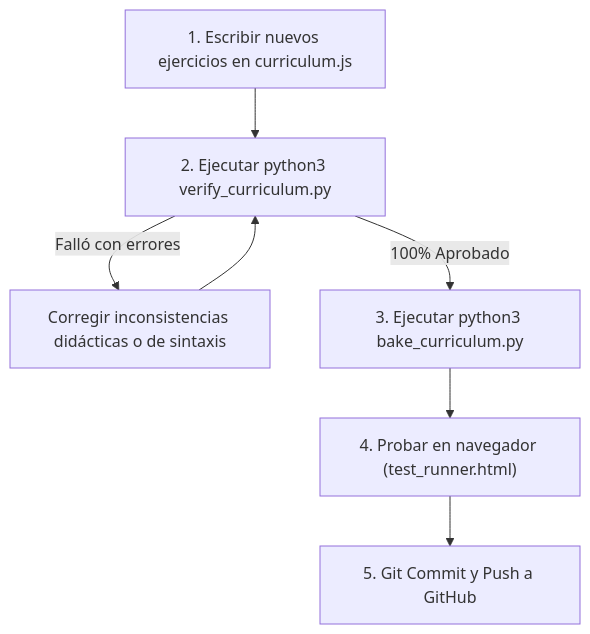
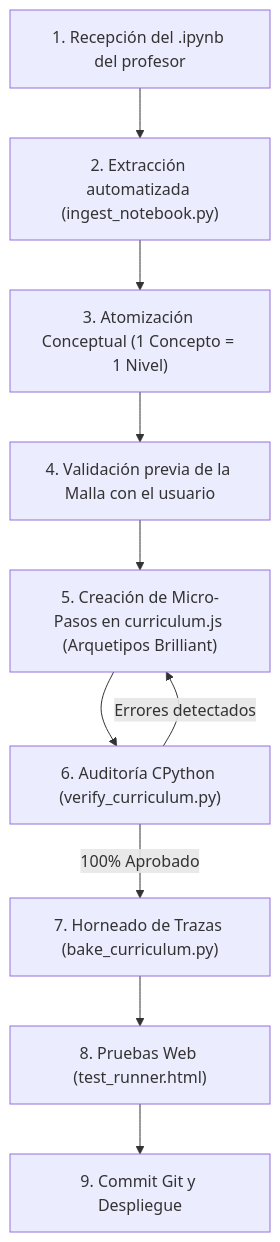
Before and after one commit to sgutierrezbe/pyminas: the diagram in CREATING_EXERCISES.md, drawn with Mermaid. The commit also changed other lines of this file and 2 other files, not shown here.

Commit message:
docs: define Jupyter notebook ingestion workflow and Brilliant-style micro-exercises standard

````diff
--- a/CREATING_EXERCISES.md
+++ b/CREATING_EXERCISES.md
@@ -182,9 +26,12 @@
 ```mermaid
 graph TD
-    A["1. Escribir nuevos ejercicios en curriculum.js"] --> B["2. Ejecutar python3 verify_curriculum.py"]
-    B -->|Falló con errores| C["Corregir inconsistencias didácticas o de sintaxis"]
-    C --> B
-    B -->|100% Aprobado| D["3. Ejecutar python3 bake_curriculum.py"]
-    D --> E["4. Probar en navegador (test_runner.html)"]
-    E --> F["5. Git Commit y Push a GitHub"]
+    A["1. Recepción del .ipynb del profesor"] --> B["2. Extracción automatizada (ingest_notebook.py)"]
+    B --> C["3. Atomización Conceptual (1 Concepto = 1 Nivel)"]
+    C --> D["4. Validación previa de la Malla con el usuario"]
+    D --> E["5. Creación de Micro-Pasos en curriculum.js (Arquetipos Brilliant)"]
+    E --> F["6. Auditoría CPython (verify_curriculum.py)"]
+    F -->|Errores detectados| E
+    F -->|100% Aprobado| G["7. Horneado de Trazas (bake_curriculum.py)"]
+    G --> H["8. Pruebas Web (test_runner.html)"]
+    H --> I["9. Commit Git y Despliegue"]
 ```
````
